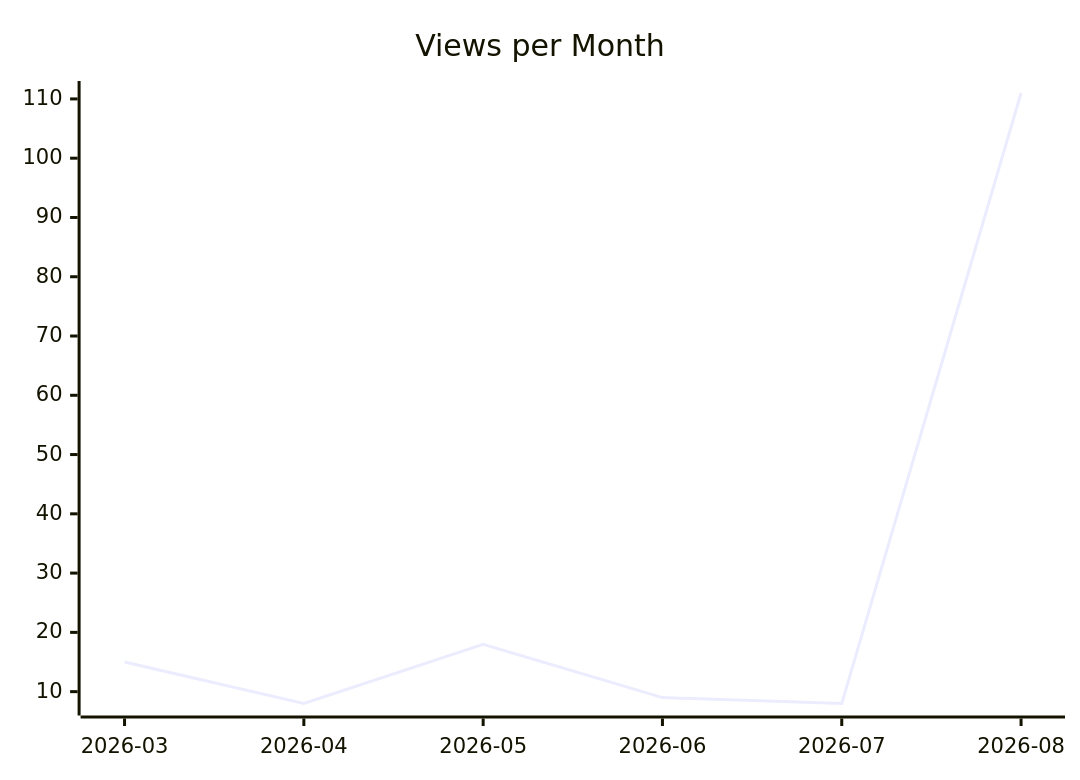
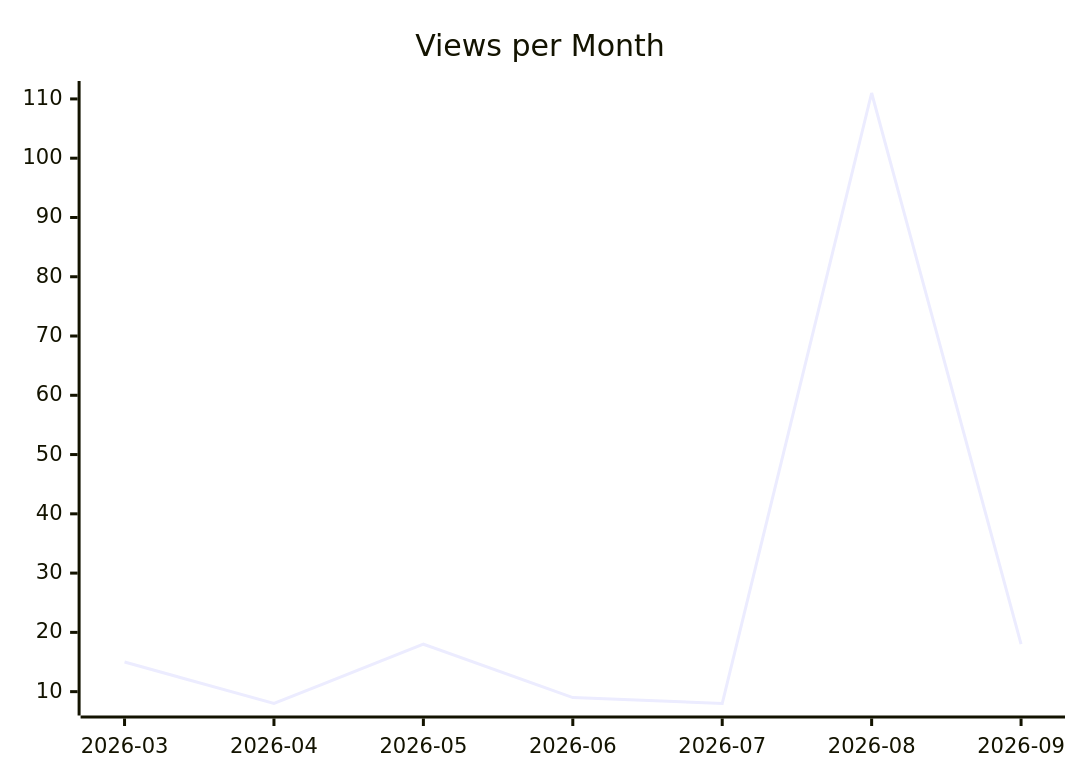
Before and after one commit to justdavis-family/github-analytics-data: the second of 3 diagrams in karlmdavis/xmlpull/README.md, drawn with Mermaid. The commit also changed other lines of this file and 191 other files, not shown here.

````diff
--- a/karlmdavis/xmlpull/README.md
+++ b/karlmdavis/xmlpull/README.md
@@ -12,6 +12,6 @@
 ```mermaid
 xychart-beta
   title "Views per Month"
-  x-axis ["2026-03", "2026-04", "2026-05", "2026-06", "2026-07", "2026-08"]
-  line [15, 8, 18, 9, 8, 111]
+  x-axis ["2026-03", "2026-04", "2026-05", "2026-06", "2026-07", "2026-08", "2026-09"]
+  line [15, 8, 18, 9, 8, 111, 18]
 ```
````
